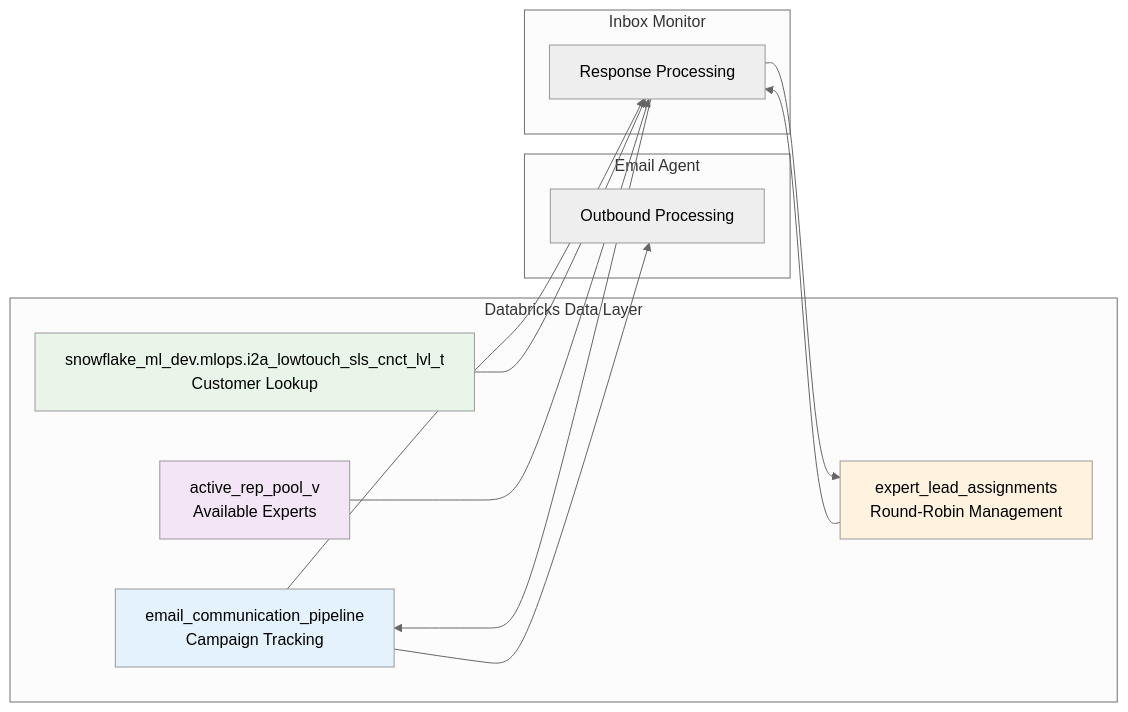
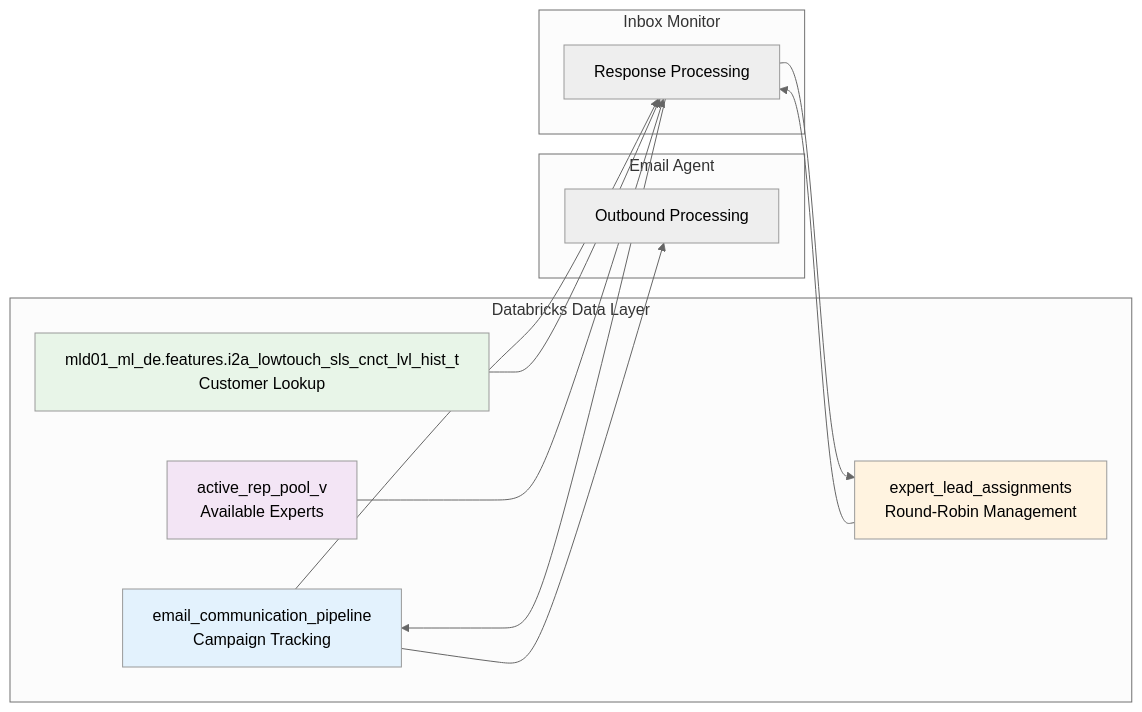
Before and after one commit to pooja109/agent-system-architecture: the second of 3 diagrams in agents/email/diagrams/integrated_system_overview.md, drawn with Mermaid (neutral theme). The commit also changed 456 other files, not shown here.

````diff
--- a/agents/email/diagrams/integrated_system_overview.md
+++ b/agents/email/diagrams/integrated_system_overview.md
@@ -81,30 +81,30 @@
 ```mermaid
 graph LR
     subgraph "Databricks Data Layer"
         A[email_communication_pipeline<br/>Campaign Tracking]
-        B[snowflake_ml_dev.mlops.i2a_lowtouch_sls_cnct_lvl_t<br/>Customer Lookup]
+        B[mld01_ml_de.features.i2a_lowtouch_sls_cnct_lvl_hist_t<br/>Customer Lookup]
         C[expert_lead_assignments<br/>Round-Robin Management]
         D[active_rep_pool_v<br/>Available Experts]
     end
     
     subgraph "Email Agent"
         E[Outbound Processing]
     end
     
     subgraph "Inbox Monitor"
         F[Response Processing]
     end
     
     A --> E
     A --> F
     B --> F
     C --> F
     D --> F
     F --> A
     F --> C
     
     style A fill:#e3f2fd
     style B fill:#e8f5e8
     style C fill:#fff3e0
     style D fill:#f3e5f5
 ```
````
